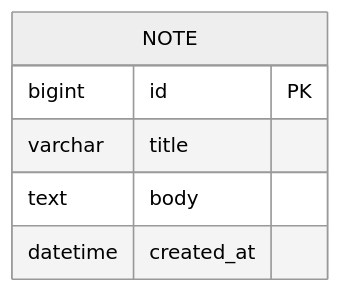
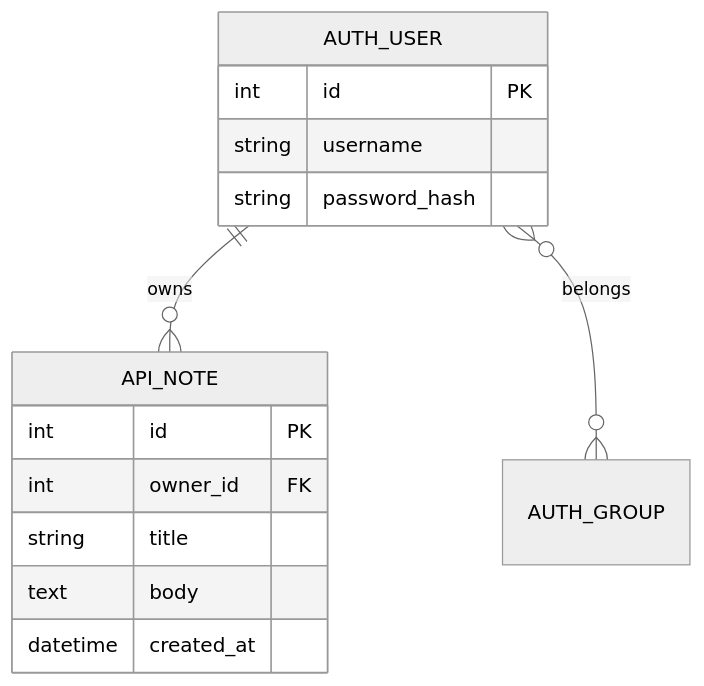
The diagram in docs/erd.mmd (dreizziq/practice), drawn with Mermaid (neutral theme) before and after one commit. The commit also changed 48 other files, not shown here.

```diff
--- a/docs/erd.mmd
+++ b/docs/erd.mmd
@@ -1,7 +1,15 @@
 erDiagram
-  NOTE {
-    bigint id PK
-    varchar title
+  AUTH_USER ||--o{ API_NOTE : owns
+  AUTH_USER }o--o{ AUTH_GROUP : belongs
+  AUTH_USER {
+    int id PK
+    string username
+    string password_hash
+  }
+  API_NOTE {
+    int id PK
+    int owner_id FK
+    string title
     text body
     datetime created_at
   }
```
